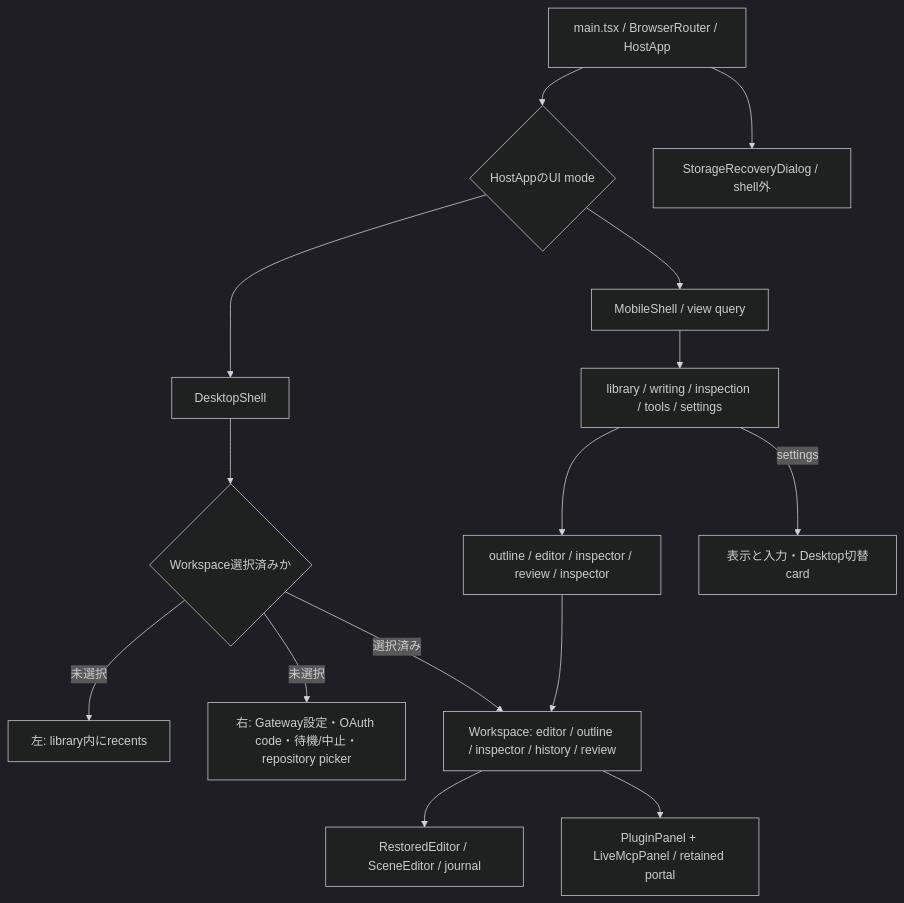
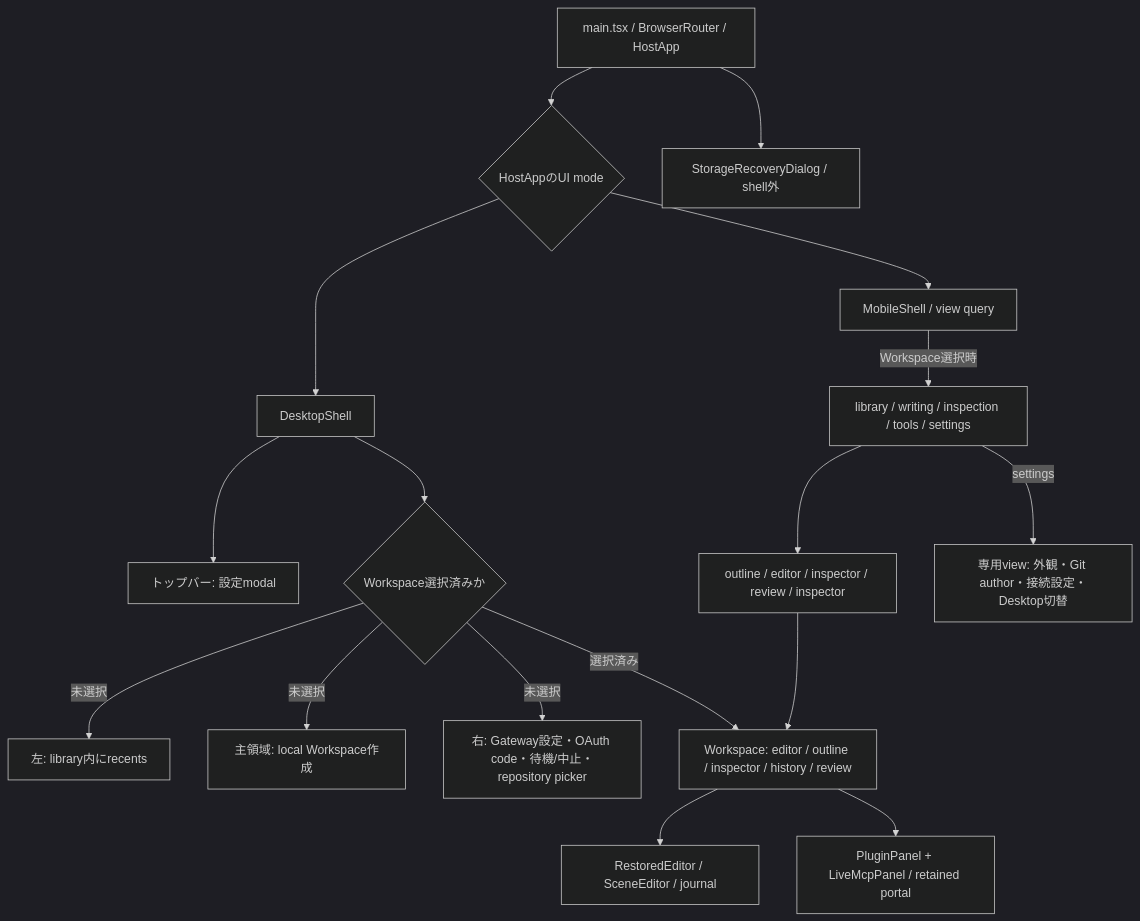
One commit to yohn-jp/proprium changed the first of 18 diagrams in docs/architecture/USER-FLOWS.md. Above: the diagram before and after it, drawn with Mermaid (dark theme). The commit also changed other lines of this file and 3 other files, not shown here.

````diff
--- a/docs/architecture/USER-FLOWS.md
+++ b/docs/architecture/USER-FLOWS.md
@@ -9,17 +9,19 @@
 ```mermaid
 flowchart TD
   Root["main.tsx / BrowserRouter / HostApp"] --> Mode{"HostAppのUI mode"}
   Mode --> Desktop["DesktopShell"]
   Mode --> Mobile["MobileShell / view query"]
+  Desktop --> HeaderSettings["トップバー: 設定modal"]
   Desktop --> Empty{"Workspace選択済みか"}
   Empty -->|未選択| Picker["左: library内にrecents"]
+  Empty -->|未選択| LocalStart["主領域: local Workspace作成"]
   Empty -->|未選択| Connect["右: Gateway設定・OAuth code・待機/中止・repository picker"]
   Empty -->|選択済み| Panels["Workspace: editor / outline / inspector / history / review"]
-  Mobile --> Views["library / writing / inspection / tools / settings"]
+  Mobile -->|Workspace選択時| Views["library / writing / inspection / tools / settings"]
   Views --> Mapping["outline / editor / inspector / review / inspector"]
-  Views -->|settings| SettingsCard["表示と入力・Desktop切替card"]
+  Views -->|settings| SettingsCard["専用view: 外観・Git author・接続設定・Desktop切替"]
   Mapping --> Panels
   Panels --> Editor["RestoredEditor / SceneEditor / journal"]
   Panels --> Tools["PluginPanel + LiveMcpPanel / retained portal"]
   Root --> Recovery["StorageRecoveryDialog / shell外"]
 ```
````
